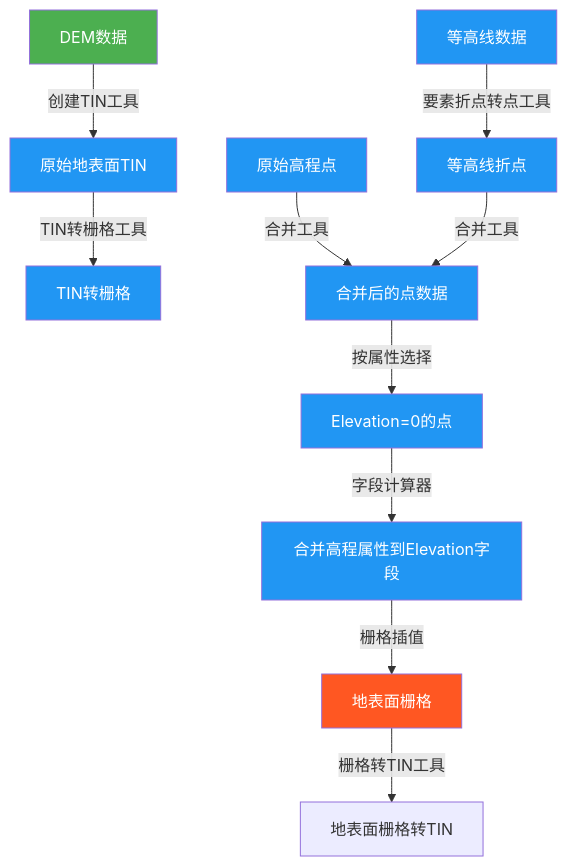
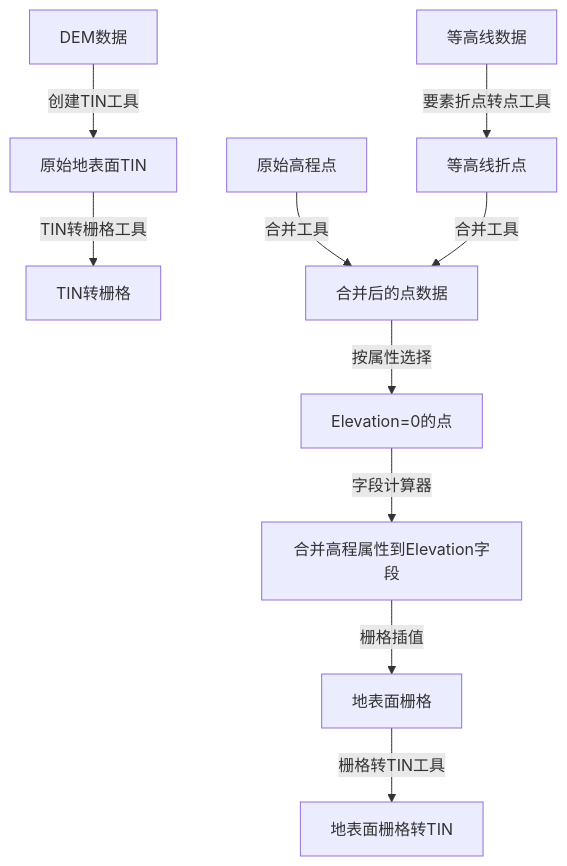
Before and after one commit to newguser/iodraw-files: the diagram in all/未命名.md, drawn with Mermaid.

Commit message:
2025-02-27 21:36:18 update

````diff
--- a/all/未命名.md
+++ b/all/未命名.md
@@ -1,17 +1,14 @@
 ```mermaid
 graph TD
     A[DEM数据] -->|创建TIN工具| B[原始地表面TIN]
     B -->|TIN转栅格工具| C[TIN转栅格]
         D1[等高线数据] -->|要素折点转点工具| D2[等高线折点]
         D3[原始高程点] -->|合并工具| D4[合并后的点数据]
         D2 -->|合并工具| D4
         D4 -->|按属性选择| D5[Elevation=0的点]
         D5 -->|字段计算器| D6[合并高程属性到Elevation字段]
         D6 -->|栅格插值| D[地表面栅格]
         D[地表面栅格]-->|栅格转TIN工具| E[地表面栅格转TIN]
 
-    style A fill:#4CAF50,color:white
-    style D fill:#FF5722,color:white
-    classDef process fill:#2196F3,color:white;
-    class B,C,D1,D2,D3,D4,D5,D6 process
+ 
 ```
````
